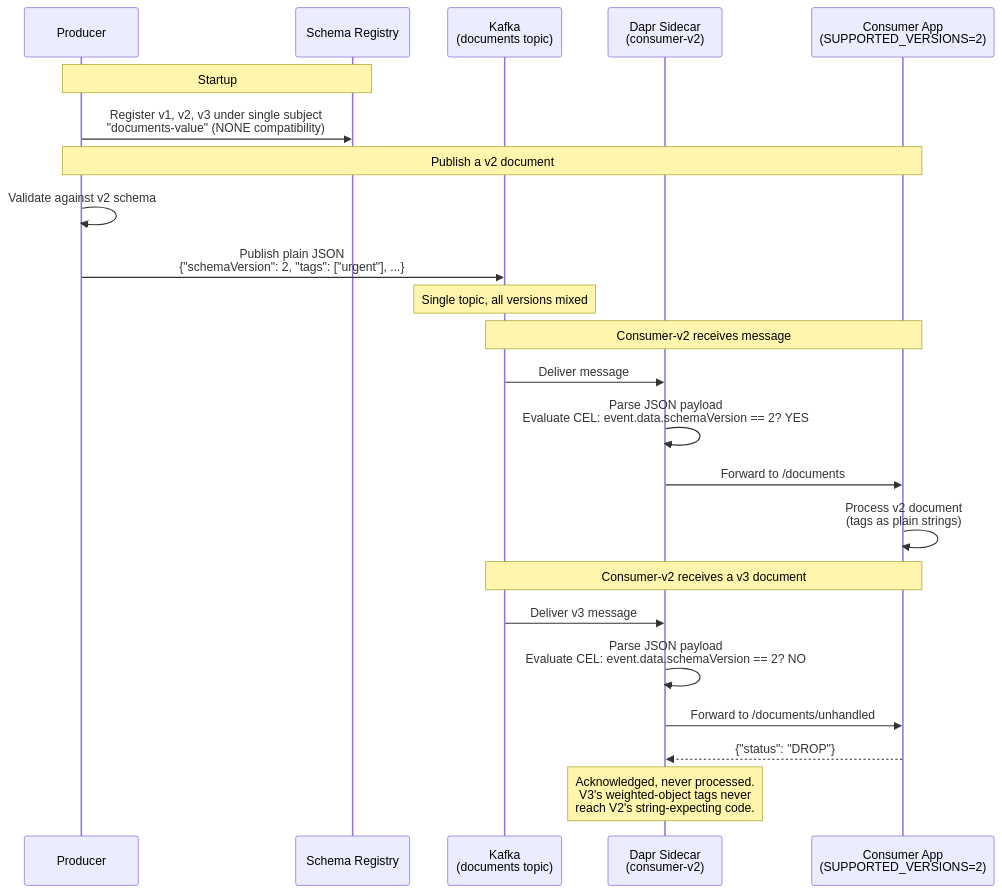
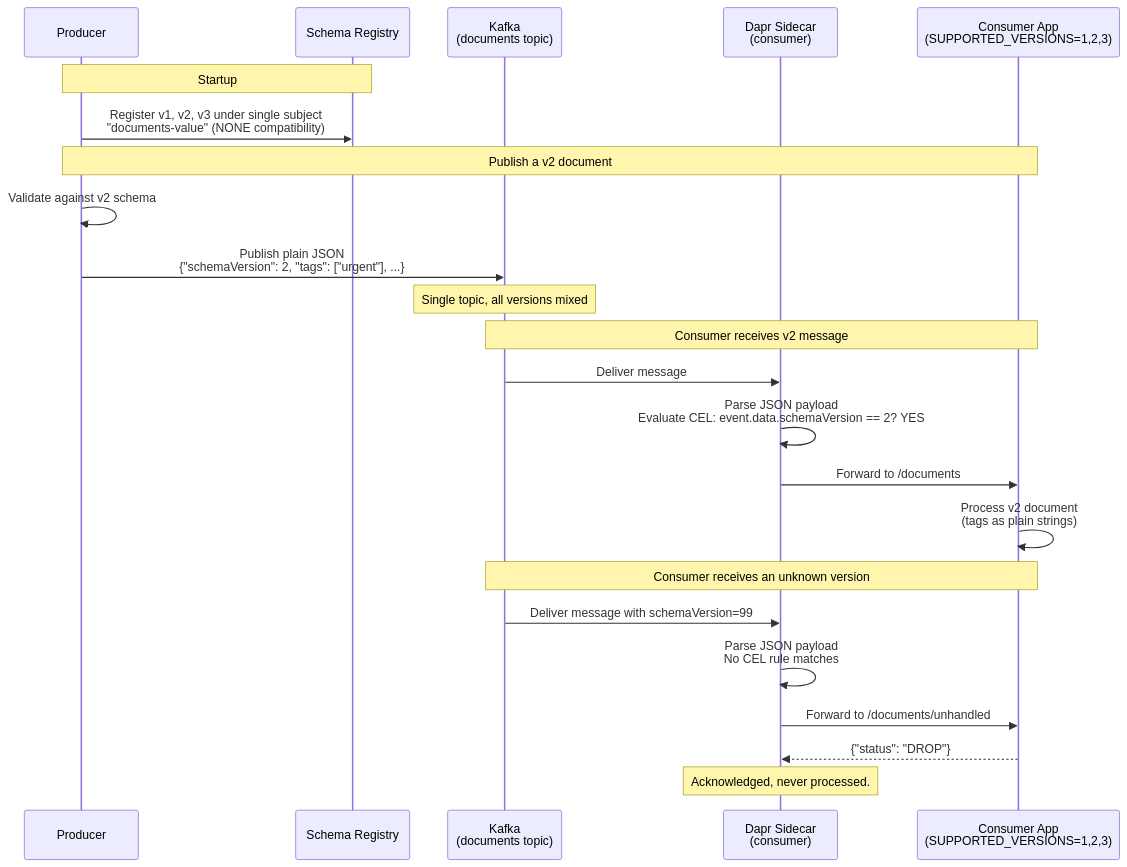
The second of 4 diagrams in README.md (righteouslabs/experiments-kubernetes), drawn with Mermaid before and after one commit. The commit also changed other lines of this file and 8 other files, not shown here.

First line of the commit message:
Replace 3 consumer deployments with single multi-version consumer + Knative

````diff
--- a/README.md
+++ b/README.md
@@ -65,29 +78,29 @@
 ```mermaid
 sequenceDiagram
     participant P as Producer
     participant SR as Schema Registry
     participant K as Kafka<br/>(documents topic)
-    participant D2 as Dapr Sidecar<br/>(consumer-v2)
-    participant C as Consumer App<br/>(SUPPORTED_VERSIONS=2)
+    participant D2 as Dapr Sidecar<br/>(consumer)
+    participant C as Consumer App<br/>(SUPPORTED_VERSIONS=1,2,3)
 
     Note over P,SR: Startup
     P->>SR: Register v1, v2, v3 under single subject<br/>"documents-value" (NONE compatibility)
 
     Note over P,C: Publish a v2 document
     P->>P: Validate against v2 schema
     P->>K: Publish plain JSON<br/>{"schemaVersion": 2, "tags": ["urgent"], ...}
     Note over K: Single topic, all versions mixed
 
-    Note over K,C: Consumer-v2 receives message
+    Note over K,C: Consumer receives v2 message
     K->>D2: Deliver message
     D2->>D2: Parse JSON payload<br/>Evaluate CEL: event.data.schemaVersion == 2? YES
     D2->>C: Forward to /documents
     C->>C: Process v2 document<br/>(tags as plain strings)
 
-    Note over K,C: Consumer-v2 receives a v3 document
-    K->>D2: Deliver v3 message
-    D2->>D2: Parse JSON payload<br/>Evaluate CEL: event.data.schemaVersion == 2? NO
+    Note over K,C: Consumer receives an unknown version
+    K->>D2: Deliver message with schemaVersion=99
+    D2->>D2: Parse JSON payload<br/>No CEL rule matches
     D2->>C: Forward to /documents/unhandled
     C-->>D2: {"status": "DROP"}
-    Note over D2: Acknowledged, never processed.<br/>V3's weighted-object tags never<br/>reach V2's string-expecting code.
+    Note over D2: Acknowledged, never processed.
 ```
````
